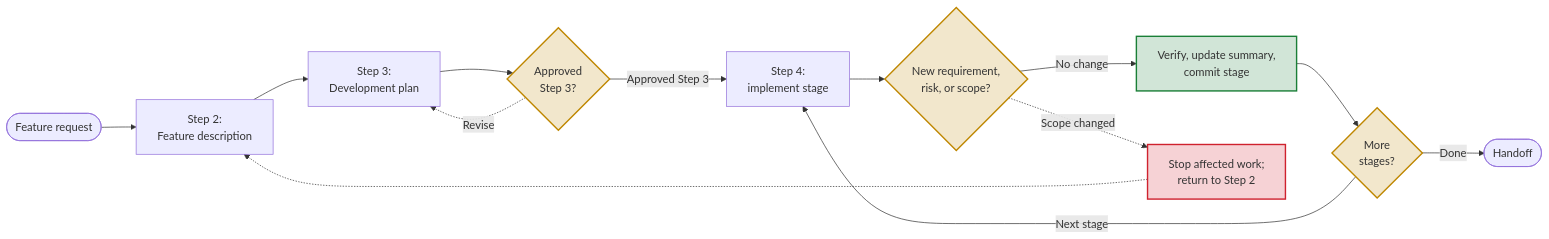
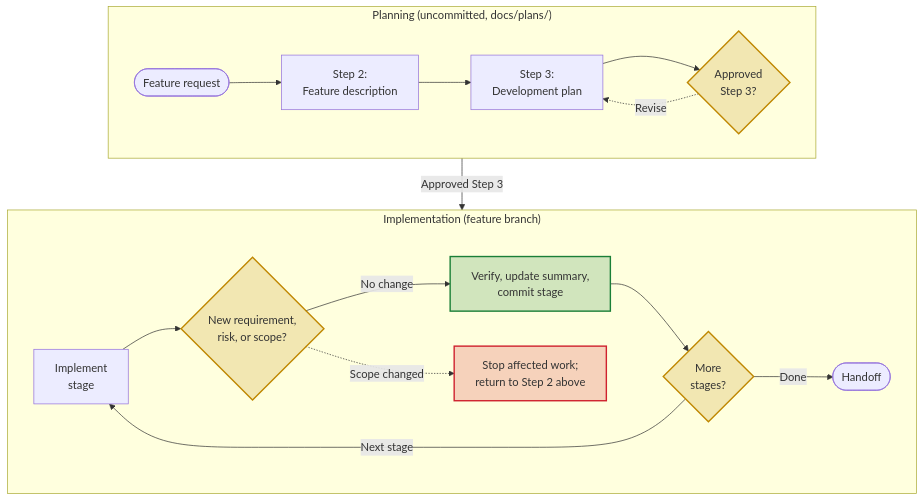
One commit to gulkily/fdp changed the second of 2 diagrams in README.md. Above: the diagram before and after it, drawn with Mermaid. The commit also changed other lines of this file and 1 other file, not shown here.

Commit message:
docs(stage 3): lay out workflow diagrams in two rows

````diff
--- a/README.md
+++ b/README.md
@@ -153,22 +154,26 @@
 ```mermaid
-flowchart LR
-    N([Feature request]) --> S2["Step 2:<br/>Feature description"]
-    S2 --> S3["Step 3:<br/>Development plan"]
-    S3 --> A{"Approved<br/>Step 3?"}
-    A -.->|Revise| S3
-    A -->|Approved Step 3| I["Step 4:<br/>implement stage"]
-    I --> Q{"New requirement,<br/>risk, or scope?"}
-    Q -->|No change| V["Verify, update summary,<br/>commit stage"]
-    V --> D{"More<br/>stages?"}
-    D -->|Next stage| I
-    D -->|Done| H([Handoff])
-    Q -.->|Scope changed| R["Stop affected work;<br/>return to Step 2"]
-    R -.-> S2
-
+flowchart TB
+    subgraph PLAN ["Planning (uncommitted, docs/plans/)"]
+        direction LR
+        N([Feature request]) --> S2["Step 2:<br/>Feature description"]
+        S2 --> S3["Step 3:<br/>Development plan"]
+        S3 --> A{"Approved<br/>Step 3?"}
+        A -.->|Revise| S3
+    end
+    subgraph IMPL ["Implementation (feature branch)"]
+        direction LR
+        I["Implement<br/>stage"] --> Q{"New requirement,<br/>risk, or scope?"}
+        Q -->|No change| V["Verify, update summary,<br/>commit stage"]
+        V --> D{"More<br/>stages?"}
+        D -->|Next stage| I
+        D -->|Done| H([Handoff])
+        Q -.->|Scope changed| R["Stop affected work;<br/>return to Step 2 above"]
+    end
+    PLAN -->|Approved Step 3| IMPL
     classDef gate fill:#bf870033,stroke:#bf8700,stroke-width:2px
     classDef commit fill:#1a7f3733,stroke:#1a7f37,stroke-width:2px
     classDef stop fill:#cf222e33,stroke:#cf222e,stroke-width:2px
     class A,Q,D gate
     class V commit
     class R stop
 ```
````
